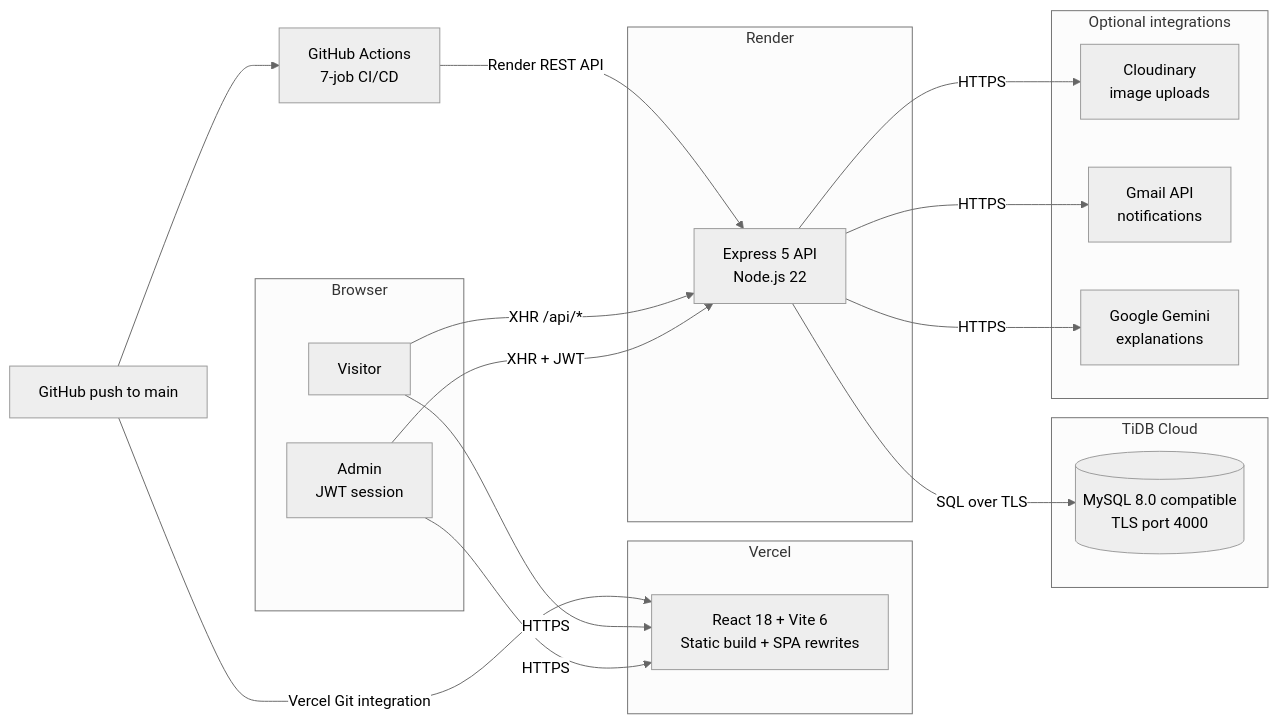
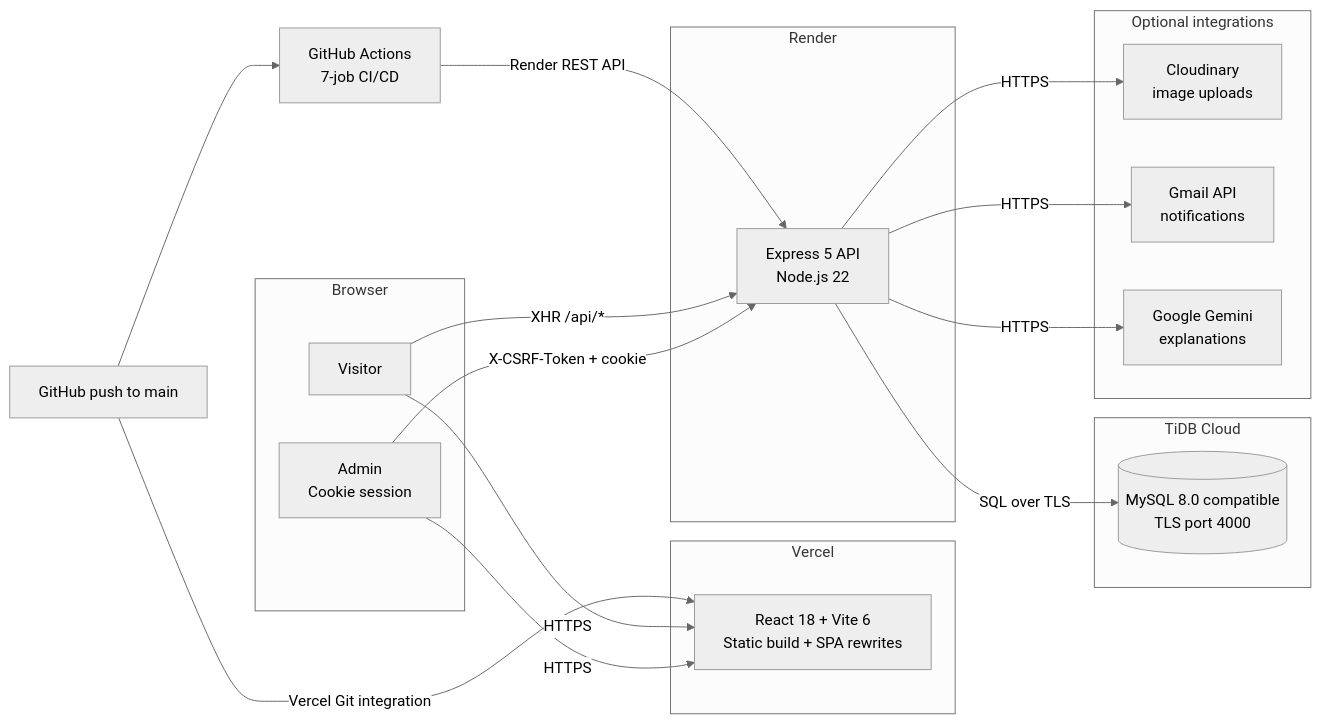
One commit to mayuresh-2601/MK-PORTFOLIO changed the first of 2 diagrams in README.md. Above: the diagram before and after it, drawn with Mermaid (neutral theme). The commit also changed other lines of this file, not shown here.

Commit message:
docs: update README to reflect cookie-session auth and production hardening

````diff
--- a/README.md
+++ b/README.md
@@ -219,38 +219,38 @@
 ```mermaid
 flowchart LR
     subgraph Browser["Browser"]
         U["Visitor"]
-        A["Admin<br/>JWT session"]
+        A["Admin<br/>Cookie session"]
     end
 
     subgraph Frontend["Vercel"]
         V["React 18 + Vite 6<br/>Static build + SPA rewrites"]
     end
 
     subgraph Backend["Render"]
         R["Express 5 API<br/>Node.js 22"]
     end
 
     subgraph Data["TiDB Cloud"]
         D[("MySQL 8.0 compatible<br/>TLS port 4000")]
     end
 
     subgraph Optional["Optional integrations"]
         C["Cloudinary<br/>image uploads"]
         G["Gmail API<br/>notifications"]
         AI["Google Gemini<br/>explanations"]
     end
 
     GH["GitHub push to main"] -->|"Vercel Git integration"| V
     GH --> CI["GitHub Actions<br/>7-job CI/CD"]
     CI -->|"Render REST API"| R
 
     U -->|HTTPS| V
     A -->|HTTPS| V
     U -->|"XHR /api/*"| R
-    A -->|"XHR + JWT"| R
+    A -->|"X-CSRF-Token + cookie"| R
     R -->|"SQL over TLS"| D
     R -->|"HTTPS"| C
     R -->|"HTTPS"| G
     R -->|"HTTPS"| AI
 ```
````
